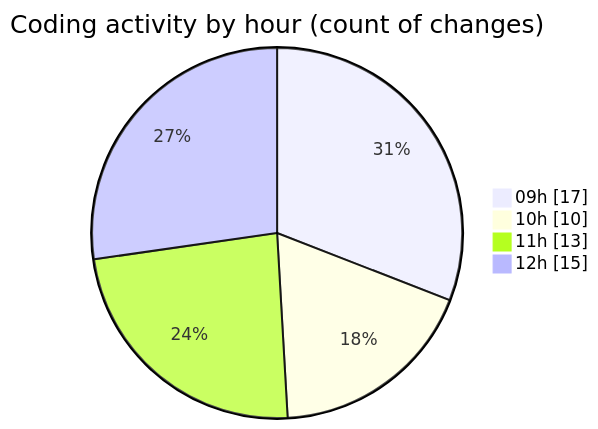
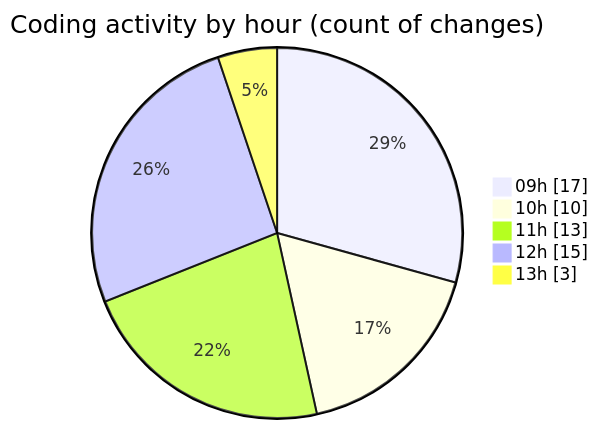
Before and after one commit to momahboobian/code-tracking: the second of 2 diagrams in 2026-06-04/cda/README.md, drawn with Mermaid. The commit also changed other lines of this file and 1 other file, not shown here.

````diff
--- a/2026-06-04/cda/README.md
+++ b/2026-06-04/cda/README.md
@@ -50,8 +53,9 @@
 ```mermaid
 pie showData
 title Coding activity by hour (count of changes)
 "09h" : 17
 "10h" : 10
 "11h" : 13
 "12h" : 15
+"13h" : 3
 ```
````
